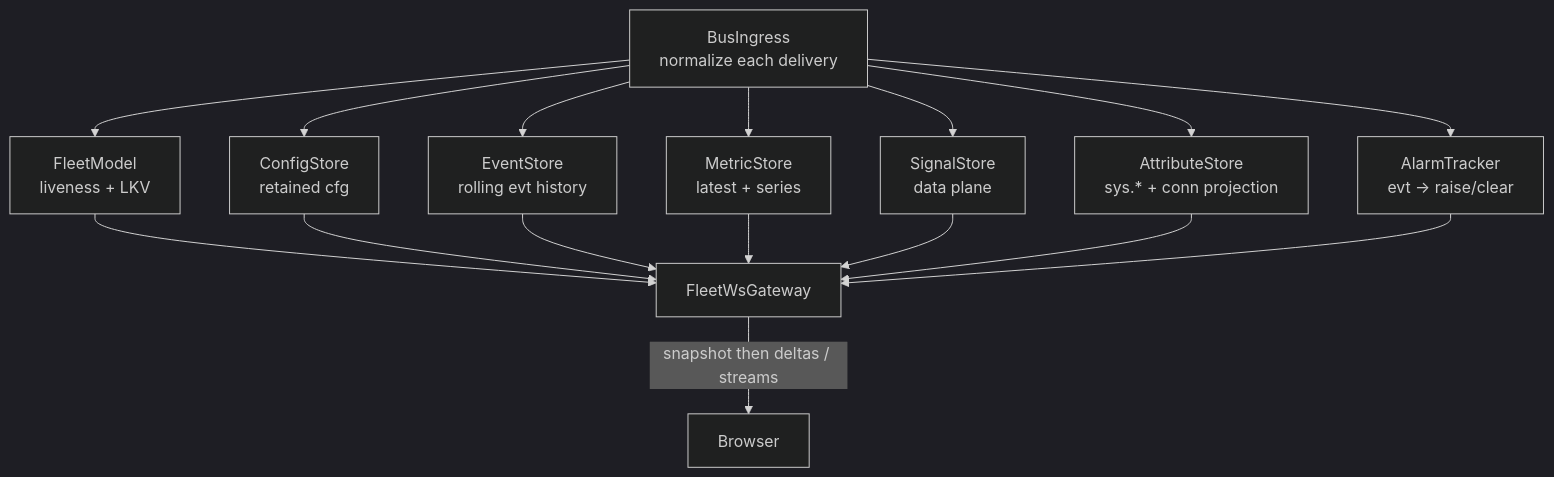
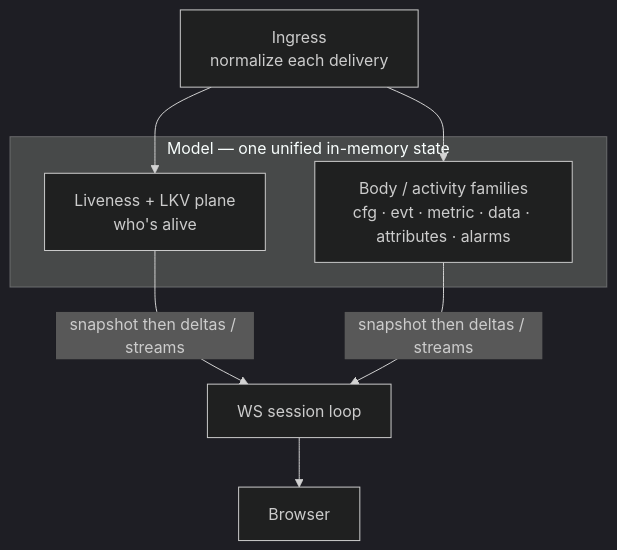
The second of 2 diagrams in docs/explanation.md (edgecommons/edge-console), drawn with Mermaid (dark theme) before and after one commit. The commit also changed other lines of this file and 8 other files, not shown here.

````diff
--- a/docs/explanation.md
+++ b/docs/explanation.md
@@ -116,12 +116,12 @@
 ```mermaid
 flowchart TB
-  BI[BusIngress<br/>normalize each delivery] --> FM[FleetModel<br/>liveness + LKV]
-  BI --> CS[ConfigStore<br/>retained cfg]
-  BI --> ES[EventStore<br/>rolling evt history]
-  BI --> MS[MetricStore<br/>latest + series]
-  BI --> SS[SignalStore<br/>data plane]
-  BI --> AS[AttributeStore<br/>sys.* + conn projection]
-  BI --> AT[AlarmTracker<br/>evt -> raise/clear]
-  FM & CS & ES & MS & SS & AS & AT --> GW[FleetWsGateway]
-  GW -->|snapshot then deltas / streams| Browser
+  BI[Ingress<br/>normalize each delivery]
+  subgraph Model["Model — one unified in-memory state"]
+    LKV[Liveness + LKV plane<br/>who's alive]
+    FAM[Body / activity families<br/>cfg · evt · metric · data · attributes · alarms]
+  end
+  BI --> LKV
+  BI --> FAM
+  LKV & FAM -->|snapshot then deltas / streams| WS[WS session loop]
+  WS --> Browser
 ```
````
